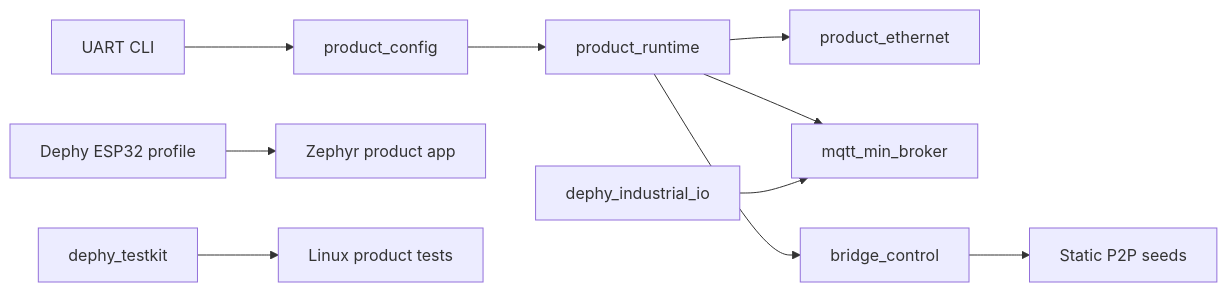
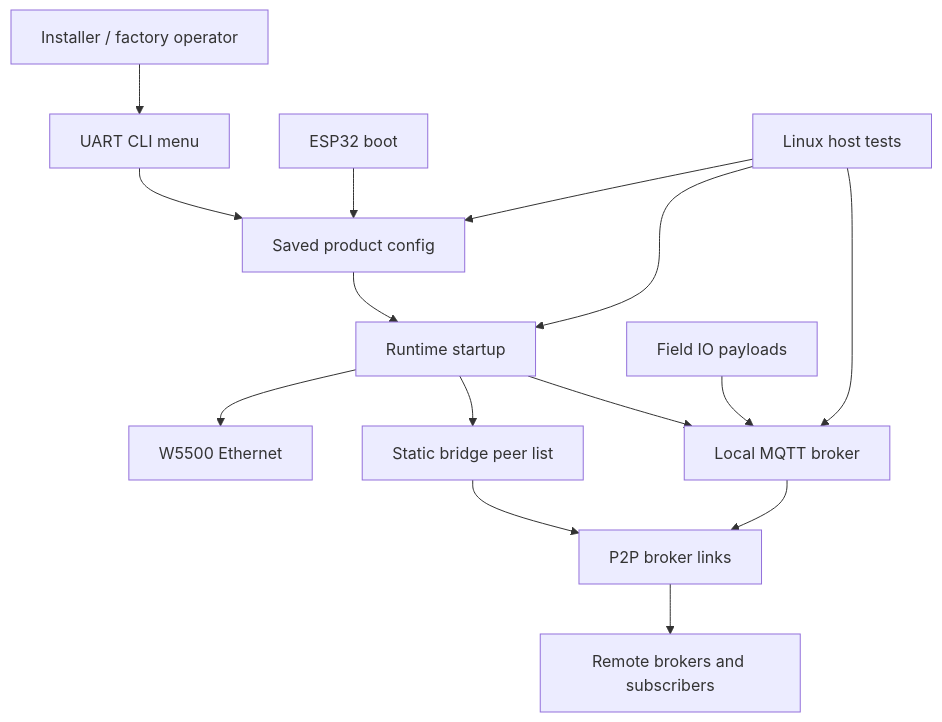
One commit to judadao/mqtt_field_bridge_app changed the first of 2 diagrams in README.md. Above: the diagram before and after it, drawn with Mermaid. The commit also changed other lines of this file, not shown here.

Commit message:
Clarify README architecture flow

````diff
--- a/README.md
+++ b/README.md
@@ -169,12 +172,20 @@
 ```mermaid
-flowchart LR
-    CLI[UART CLI] --> Config[product_config]
-    Config --> Runtime[product_runtime]
-    Runtime --> Net[product_ethernet]
-    Runtime --> Broker[mqtt_min_broker]
-    Runtime --> Bridge[bridge_control]
-    Bridge --> P2P[Static P2P seeds]
-    IO[dephy_industrial_io] --> Broker
-    Board[Dephy ESP32 profile] --> App[Zephyr product app]
-    Testkit[dephy_testkit] --> Tests[Linux product tests]
+flowchart TD
+    Installer[Installer / factory operator] --> CLI[UART CLI menu]
+    CLI --> Saved[Saved product config]
+
+    Boot[ESP32 boot] --> Saved
+    Saved --> Runtime[Runtime startup]
+    Runtime --> Ethernet[W5500 Ethernet]
+    Runtime --> LocalBroker[Local MQTT broker]
+    Runtime --> Peers[Static bridge peer list]
+
+    Peers --> Mesh[P2P broker links]
+    FieldIO[Field IO payloads] --> LocalBroker
+    LocalBroker --> Mesh
+    Mesh --> Remote[Remote brokers and subscribers]
+
+    Tests[Linux host tests] --> Saved
+    Tests --> Runtime
+    Tests --> LocalBroker
 ```
````
